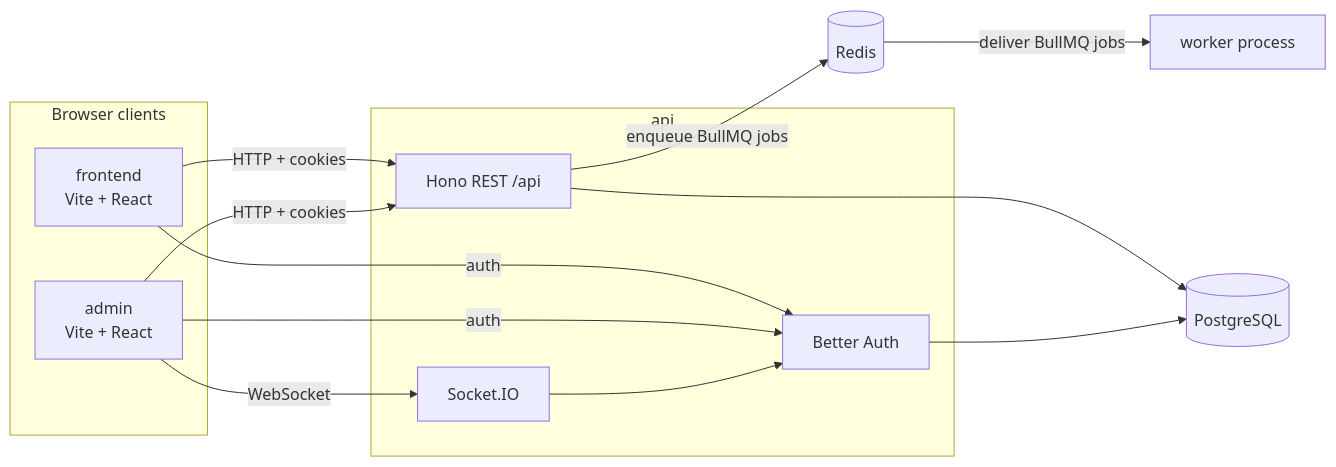
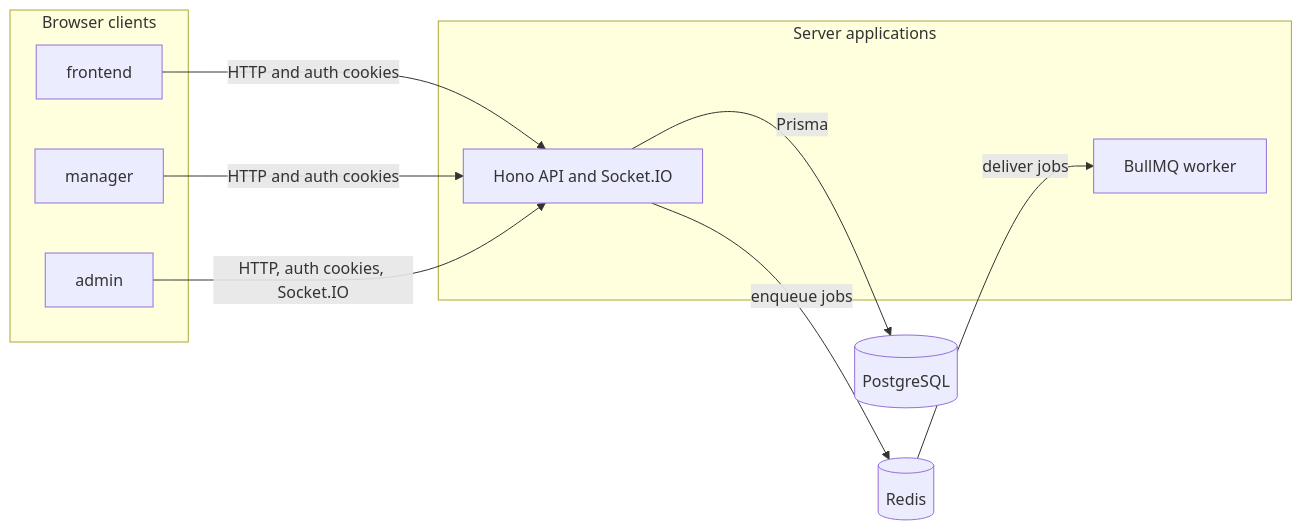
Before and after one commit to Melv1C/CompetitionManagerV2: the diagram in README.md, drawn with Mermaid. The commit also changed other lines of this file and 7 other files, not shown here.

````diff
--- a/README.md
+++ b/README.md
@@ -26,29 +41,23 @@
 ```mermaid
 flowchart LR
-  subgraph clients["Browser clients"]
-    FE[frontend<br/>Vite + React]
-    AD[admin<br/>Vite + React]
+  subgraph clients[Browser clients]
+    FE[frontend]
+    MG[manager]
+    AD[admin]
   end
 
-  subgraph api["api"]
-    HONO[Hono REST /api]
-    AUTH[Better Auth]
-    SIO[Socket.IO]
+  subgraph server[Server applications]
+    API[Hono API and Socket.IO]
+    WORKER[BullMQ worker]
   end
 
   DB[(PostgreSQL)]
   REDIS[(Redis)]
-  WORKER[worker process]
 
-  FE -->|HTTP + cookies| HONO
-  FE -->|auth| AUTH
-  AD -->|HTTP + cookies| HONO
-  AD -->|auth| AUTH
-  AD -->|WebSocket| SIO
-
-  HONO --> DB
-  AUTH --> DB
-  SIO --> AUTH
-  HONO -->|enqueue BullMQ jobs| REDIS
-  REDIS -->|deliver BullMQ jobs| WORKER
+  FE -->|HTTP and auth cookies| API
+  MG -->|HTTP and auth cookies| API
+  AD -->|HTTP, auth cookies, Socket.IO| API
+  API -->|Prisma| DB
+  API -->|enqueue jobs| REDIS
+  REDIS -->|deliver jobs| WORKER
 ```
````
